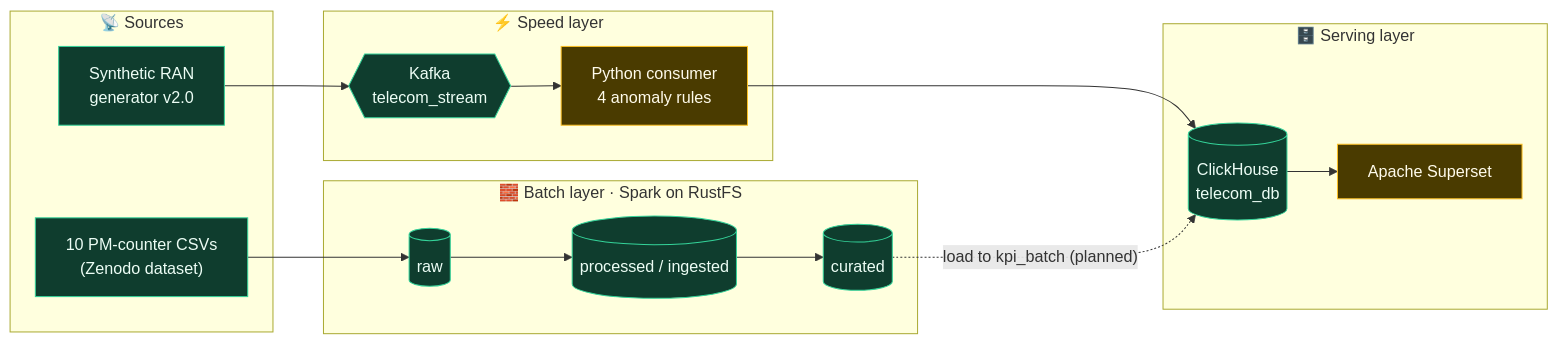
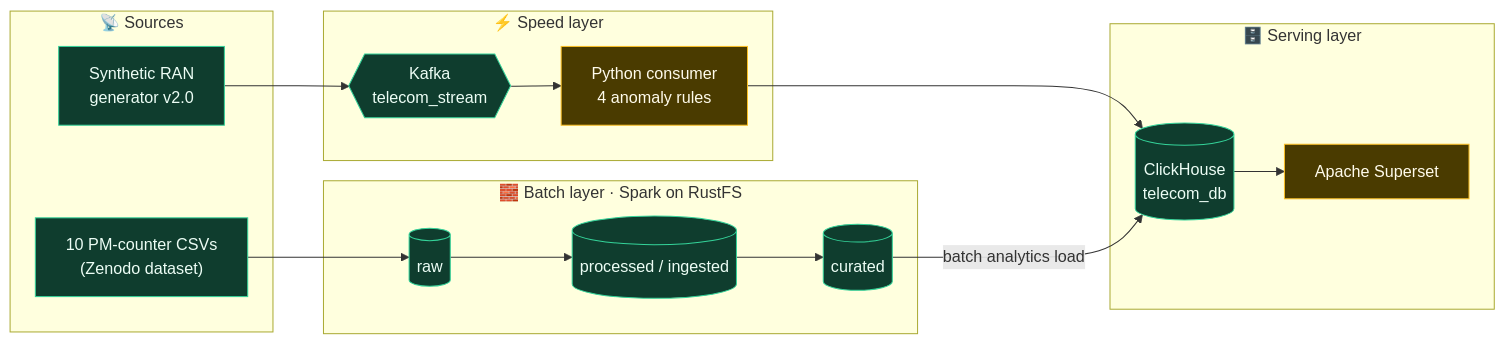
Before and after one commit to Mahmoud976/Telco_Pulse_V1: the third of 10 diagrams in README.md, drawn with Mermaid. The commit also changed other lines of this file, not shown here.

````diff
--- a/README.md
+++ b/README.md
@@ -153,32 +154,32 @@
 ```mermaid
 flowchart LR
     classDef done fill:#0f3d2e,stroke:#34d399,color:#ecfdf5
     classDef part fill:#4a3b00,stroke:#fbbf24,color:#fffbeb
 
     subgraph SRC["📡 Sources"]
         CSV["10 PM-counter CSVs<br/>(Zenodo dataset)"]
         GEN["Synthetic RAN<br/>generator v2.0"]
     end
 
     subgraph BATCH["🧱 Batch layer · Spark on RustFS"]
         RAW[("raw")] --> ING[("processed / ingested")] --> CUR[("curated")]
     end
 
     subgraph SPEED["⚡ Speed layer"]
         KAFKA{{"Kafka<br/>telecom_stream"}} --> SP["Python consumer<br/>4 anomaly rules"]
     end
 
     subgraph SERVE["🗄️ Serving layer"]
         CH[("ClickHouse<br/>telecom_db")]
         SS["Apache Superset"]
     end
 
     CSV --> RAW
     GEN --> KAFKA
     SP --> CH
-    CUR -. "load to kpi_batch (planned)" .-> CH
+    CUR -->|"batch analytics load"| CH
     CH --> SS
 
     class CSV,GEN,RAW,ING,CUR,KAFKA,CH done
     class SP,SS part
 ```
````
